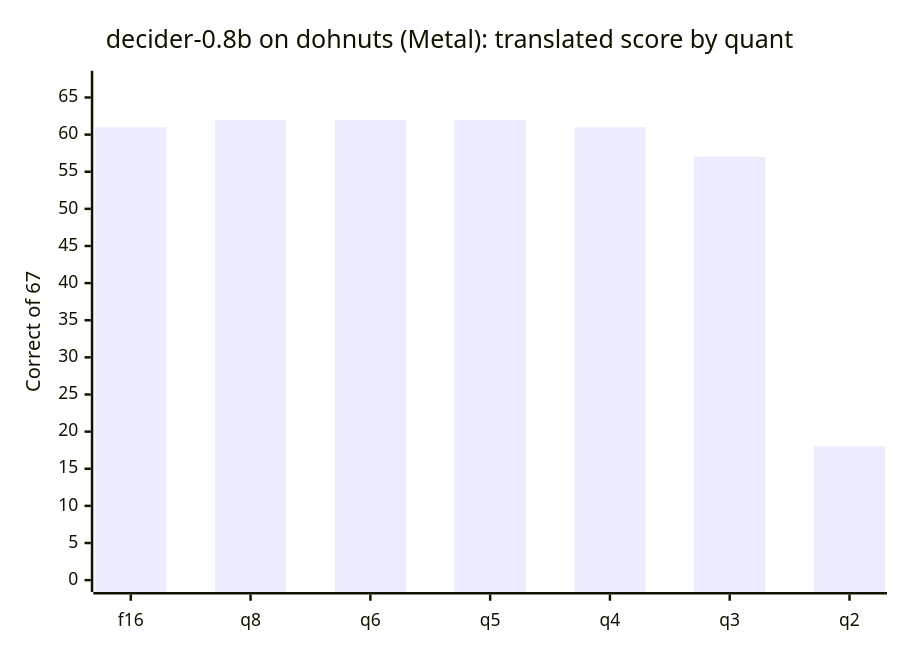
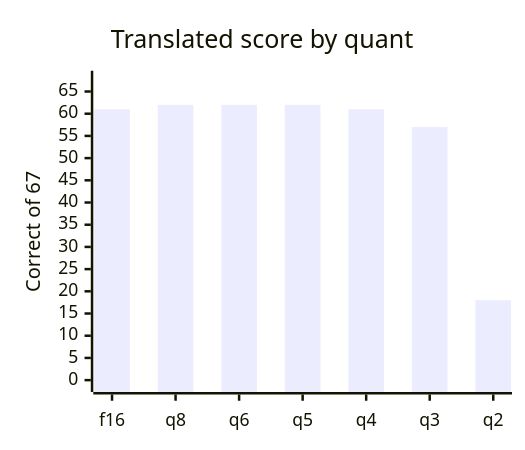
Before and after one commit to fontlaborg/ornotto: the diagram in src_docs/md/07-quantization.md, drawn with Mermaid. The commit also changed 10 other files, not shown here.

Commit message:
Make the diagrams legible and match the theme

````diff
--- a/src_docs/md/07-quantization.md
+++ b/src_docs/md/07-quantization.md
@@ -49,7 +49,8 @@
 ```mermaid
+%%{init: {"xyChart": {"width": 400, "height": 340}, "themeCSS": ".background { fill: transparent; } text { fill: var(--md-default-fg-color); } .plot rect { fill: var(--ornotto-diagram-line); stroke: none; } path { stroke: var(--md-default-fg-color--light); }"}}%%
 xychart-beta
-    title "decider-0.8b on dohnuts (Metal): translated score by quant"
+    title "Translated score by quant"
     x-axis ["f16", "q8", "q6", "q5", "q4", "q3", "q2"]
     y-axis "Correct of 67" 0 --> 67
     bar [61, 62, 62, 62, 61, 57, 18]
 ```
````
